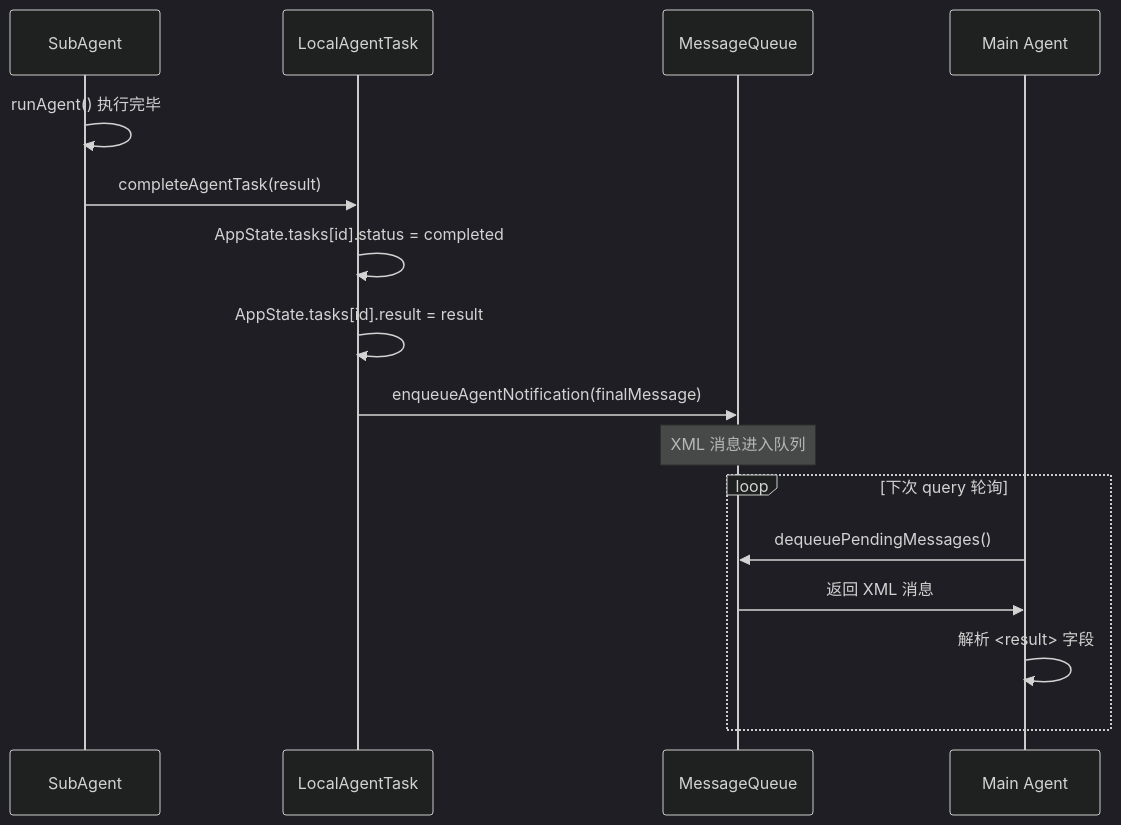
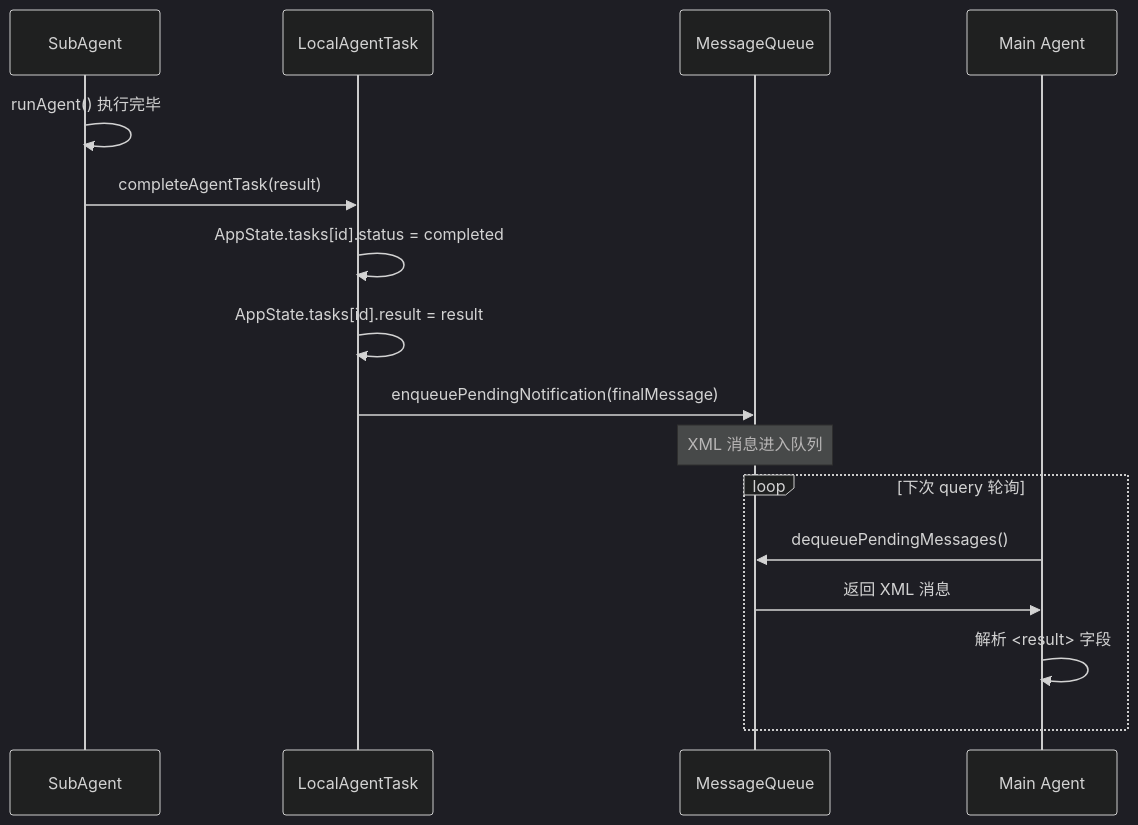
Diagram 14 of 15 in claude-code/docs/deep/AGENT-SYSTEM.md (platootalp/harness-code), drawn with Mermaid (dark theme) before and after one commit. The commit also changed other lines of this file and 58 other files, not shown here.

````diff
--- a/claude-code/docs/deep/AGENT-SYSTEM.md
+++ b/claude-code/docs/deep/AGENT-SYSTEM.md
@@ -957,20 +957,20 @@
 ```mermaid
 sequenceDiagram
     participant Sub as SubAgent
     participant Task as LocalAgentTask
     participant Queue as MessageQueue
     participant Main as Main Agent
 
     Sub->>Sub: runAgent() 执行完毕
     Sub->>Task: completeAgentTask(result)
     Task->>Task: AppState.tasks[id].status = completed
     Task->>Task: AppState.tasks[id].result = result
-    Task->>Queue: enqueueAgentNotification(finalMessage)
+    Task->>Queue: enqueuePendingNotification(finalMessage)
     Note over Queue: XML 消息进入队列
 
     loop 下次 query 轮询
         Main->>Queue: dequeuePendingMessages()
         Queue->>Main: 返回 XML 消息
         Main->>Main: 解析 <result> 字段
     end
 ```
````
